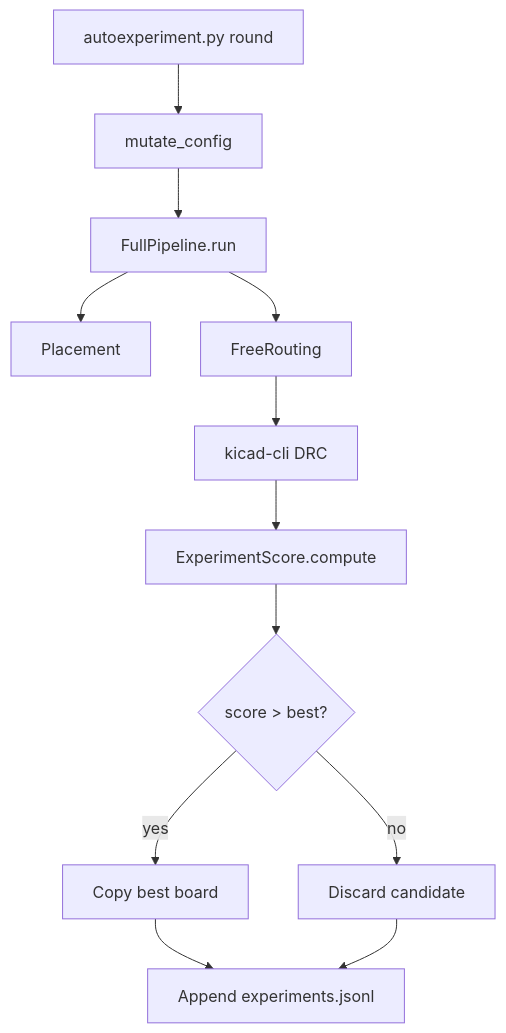
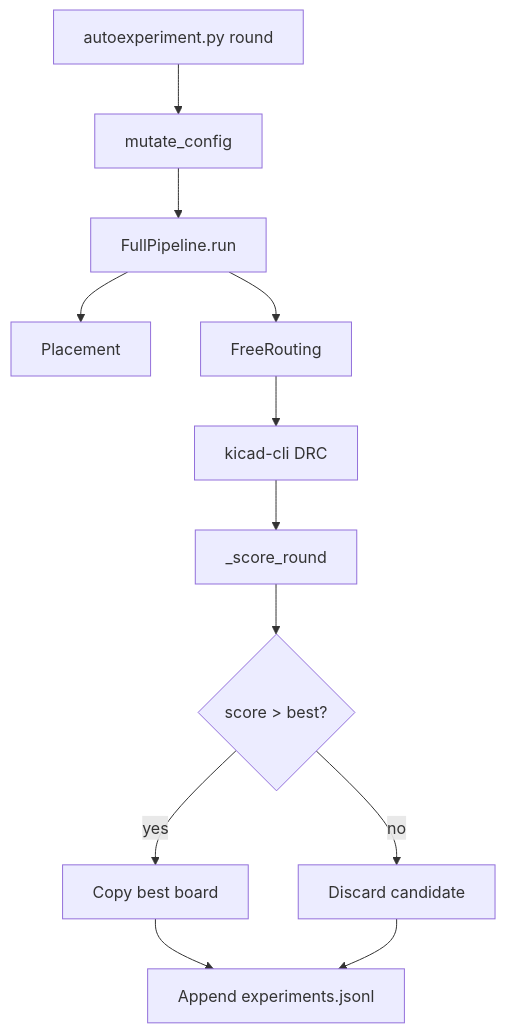
The second of 2 diagrams in docs/auto-trace.md (laforestlabs/LLUPS), drawn with Mermaid before and after one commit. The commit also changed 2 other files, not shown here.

Commit message:
chore: update KiCraft submodule + docs for parent board size optimization
- Update docs/scoring.md, architecture.md, auto-trace.md to reference _score_round()
- Remove stale ExperimentScore references from documentation
- Point KiCraft submodule to parent board size optimization commit

````diff
--- a/docs/auto-trace.md
+++ b/docs/auto-trace.md
@@ -44,14 +44,14 @@
 ```mermaid
 flowchart TD
   autoexperiment[autoexperiment.py round] --> mutateCfg[mutate_config]
   mutateCfg --> fullPipeline[FullPipeline.run]
   fullPipeline --> placementPhase[Placement]
   fullPipeline --> routingPhase[FreeRouting]
   routingPhase --> drc[kicad-cli DRC]
-  drc --> scorePenalty[ExperimentScore.compute]
+  drc --> scorePenalty[_score_round]
   scorePenalty --> keepCheck{score > best?}
   keepCheck -->|yes| copyBest[Copy best board]
   keepCheck -->|no| discard[Discard candidate]
   copyBest --> log[Append experiments.jsonl]
   discard --> log
 ```
````
